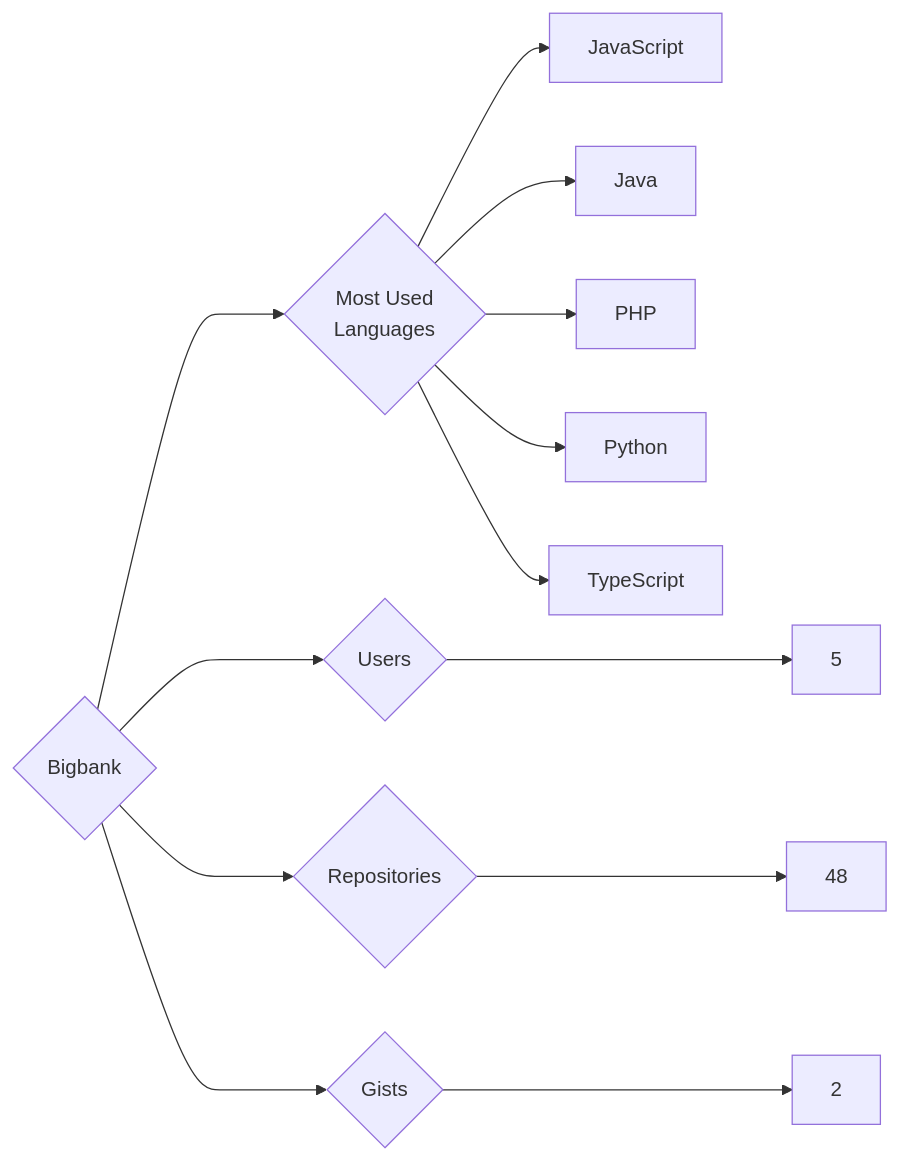
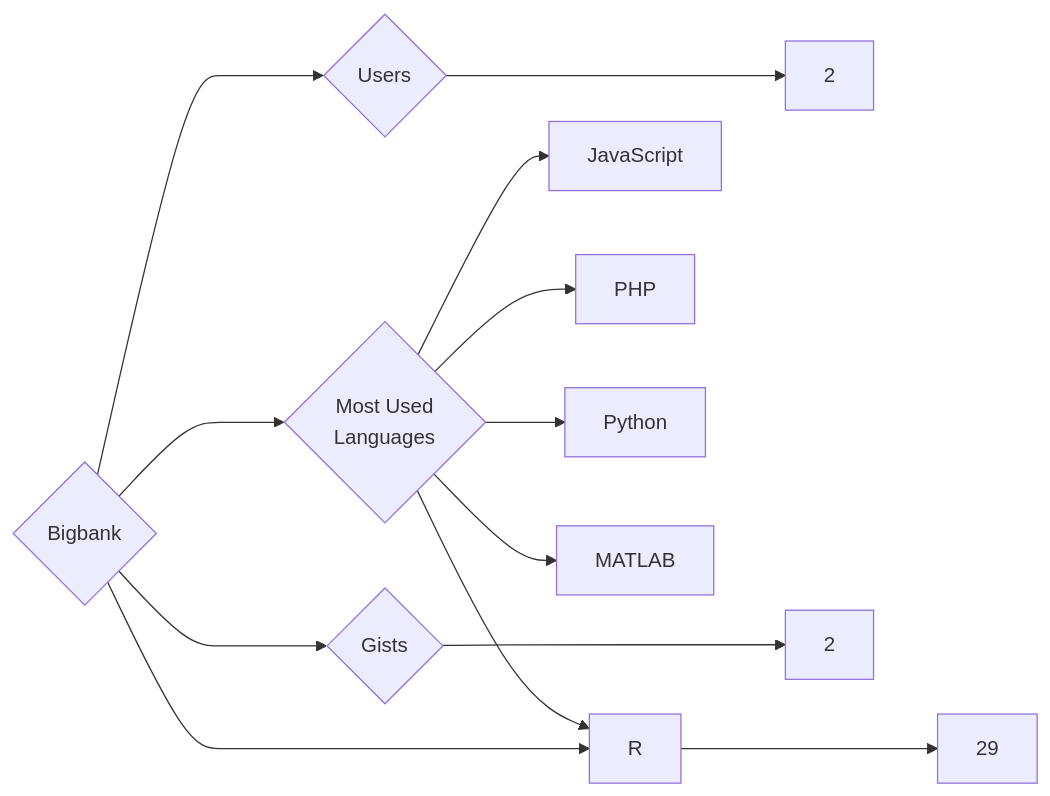
One commit to trickest/insiders changed the diagram in targets/Bigbank/README.md. Above: the diagram before and after it, drawn with Mermaid. The commit also changed 611 other files, not shown here.

````diff
--- a/targets/Bigbank/README.md
+++ b/targets/Bigbank/README.md
@@ -3,13 +3,13 @@
 ```mermaid
 graph LR
 COMPANY_NAME{Bigbank}
-COMPANY_NAME ---> U{Users} ---> UN[5]
-COMPANY_NAME ---> R{Repositories} ---> RN[48]
+COMPANY_NAME ---> U{Users} ---> UN[2]
+COMPANY_NAME ---> R{Repositories} ---> RN[29]
 COMPANY_NAME ---> G{Gists} ---> GN[2]
 COMPANY_NAME ---> ML{Most Used<br>Languages}
 ML --> JavaScript[JavaScript]
-ML --> Java[Java]
 ML --> PHP[PHP]
 ML --> Python[Python]
-ML --> TypeScript[TypeScript]
+ML --> MATLAB[MATLAB]
+ML --> R[R]
 ```
````
